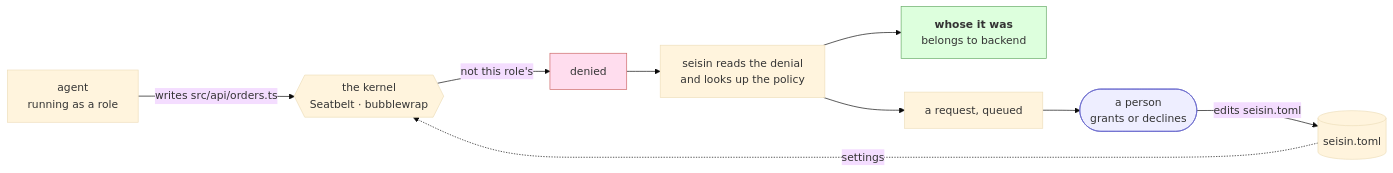
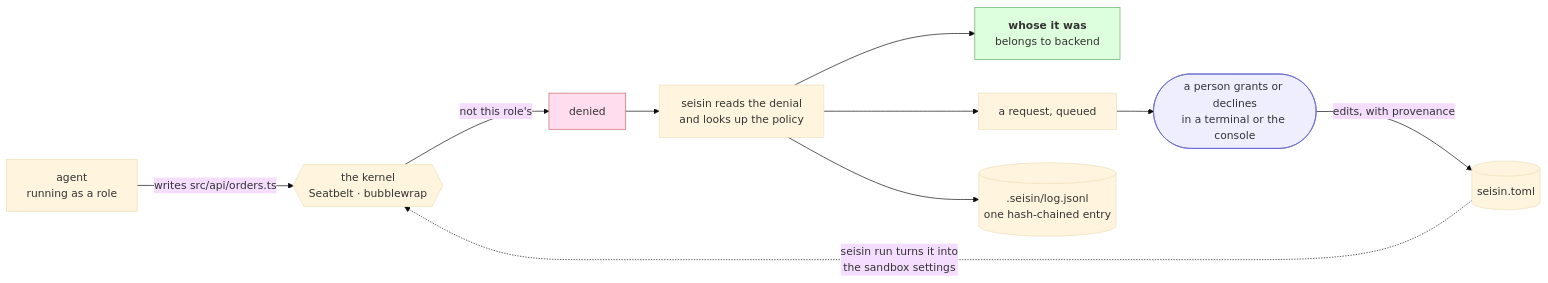
One commit to carlostapiacl/seisin changed the diagram in README.md. Above: the diagram before and after it, drawn with Mermaid (base theme). The commit also changed other lines of this file and 3 other files, not shown here.

First line of the commit message:
docs: README outputs, log chain and console as 0.5.0 prints them; demo and console figures regenerated

````diff
--- a/README.md
+++ b/README.md
@@ -45,15 +45,16 @@
 ```mermaid
 flowchart LR
     A["agent<br/>running as a role"] -->|writes src/api/orders.ts| K{{"the kernel<br/>Seatbelt · bubblewrap"}}
     K -->|not this role's| D["denied"]
     D --> S["seisin reads the denial<br/>and looks up the policy"]
     S --> W["<b>whose it was</b><br/>belongs to backend"]
     S --> Q["a request, queued"]
-    Q --> H(["a person<br/>grants or declines"])
-    H -->|edits seisin.toml| P[("seisin.toml")]
-    P -.->|settings| K
+    S --> L[(".seisin/log.jsonl<br/>one hash-chained entry")]
+    Q --> H(["a person grants or declines<br/>in a terminal or the console"])
+    H -->|edits, with provenance| P[("seisin.toml")]
+    P -.->|"seisin run turns it into<br/>the sandbox settings"| K
 
     style D fill:#fde,stroke:#c66
     style W fill:#dfd,stroke:#6a6
     style H fill:#eef,stroke:#66c
 ```
````
